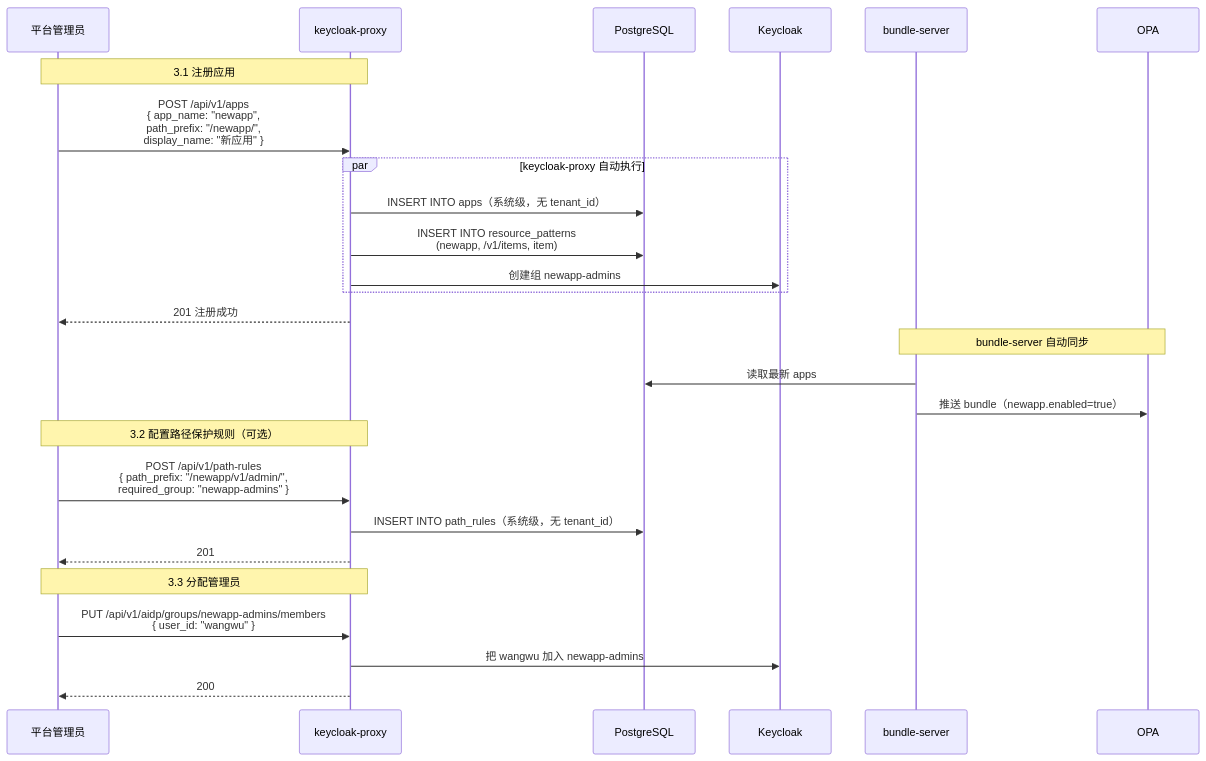
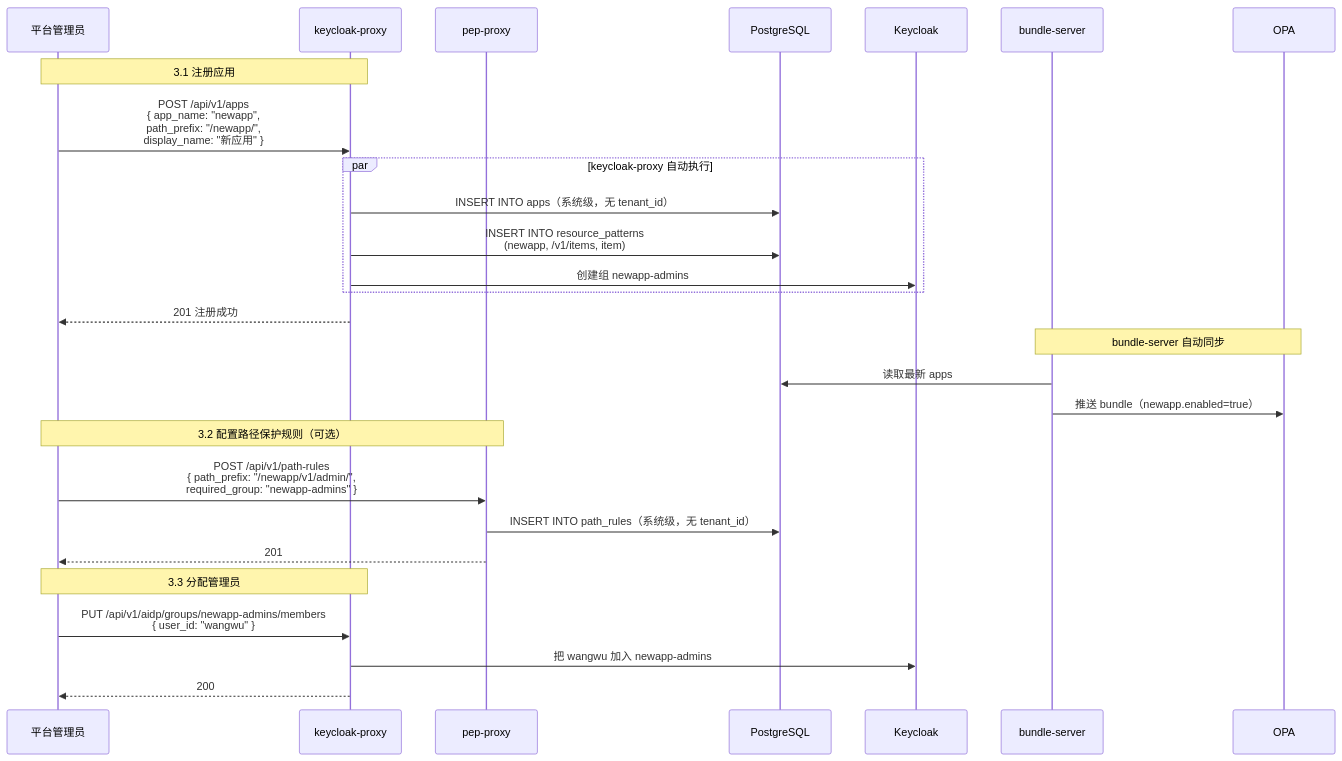
The fourth of 10 diagrams in diagrams/onboarding-flow.md (xiewanchao/aidp-iam), drawn with Mermaid before and after one commit. The commit also changed other lines of this file and 43 other files, not shown here.

````diff
--- a/diagrams/onboarding-flow.md
+++ b/diagrams/onboarding-flow.md
@@ -101,37 +101,38 @@
 ```mermaid
 sequenceDiagram
     participant ADMIN as 平台管理员
     participant KP as keycloak-proxy
+    participant PP as pep-proxy
     participant PG as PostgreSQL
     participant KC as Keycloak
     participant BS as bundle-server
     participant OPA as OPA
 
     Note over ADMIN,KP: 3.1 注册应用
 
     ADMIN->>KP: POST /api/v1/apps<br/>{ app_name: "newapp",<br/>  path_prefix: "/newapp/",<br/>  display_name: "新应用" }
 
     par keycloak-proxy 自动执行
         KP->>PG: INSERT INTO apps（系统级，无 tenant_id）
         KP->>PG: INSERT INTO resource_patterns<br/>(newapp, /v1/items, item)
         KP->>KC: 创建组 newapp-admins
     end
 
     KP-->>ADMIN: 201 注册成功
 
     Note over BS,OPA: bundle-server 自动同步
     BS->>PG: 读取最新 apps
     BS->>OPA: 推送 bundle（newapp.enabled=true）
 
-    Note over ADMIN,KP: 3.2 配置路径保护规则（可选）
+    Note over ADMIN,PP: 3.2 配置路径保护规则（可选）
 
-    ADMIN->>KP: POST /api/v1/path-rules<br/>{ path_prefix: "/newapp/v1/admin/",<br/>  required_group: "newapp-admins" }
-    KP->>PG: INSERT INTO path_rules（系统级，无 tenant_id）
-    KP-->>ADMIN: 201
+    ADMIN->>PP: POST /api/v1/path-rules<br/>{ path_prefix: "/newapp/v1/admin/",<br/>  required_group: "newapp-admins" }
+    PP->>PG: INSERT INTO path_rules（系统级，无 tenant_id）
+    PP-->>ADMIN: 201
 
     Note over ADMIN,KP: 3.3 分配管理员
 
     ADMIN->>KP: PUT /api/v1/aidp/groups/newapp-admins/members<br/>{ user_id: "wangwu" }
     KP->>KC: 把 wangwu 加入 newapp-admins
     KP-->>ADMIN: 200
 ```
````
